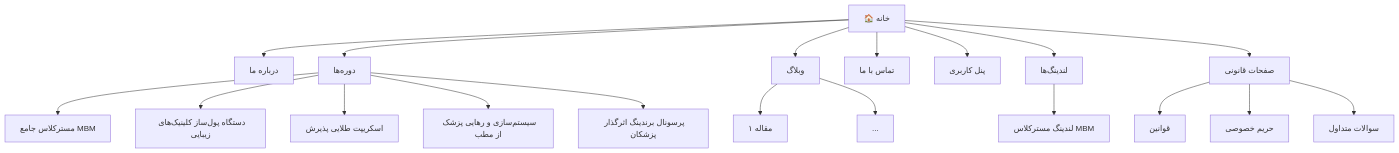
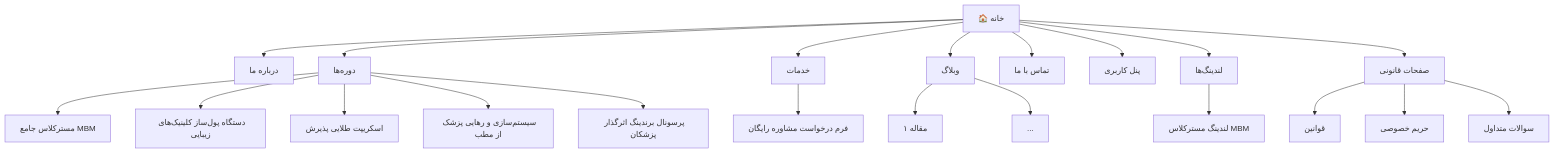
Before and after one commit to im-jvd2/Medical-Business: the first of 2 diagrams in docs/05-site-architecture.md, drawn with Mermaid. The commit also changed other lines of this file and 14 other files, not shown here.

First line of the commit message:
feat(services): صفحه کامل خدمات (services.html) + راهنمای پیاده‌سازی المنتور (#6)

````diff
--- a/docs/05-site-architecture.md
+++ b/docs/05-site-architecture.md
@@ -10,21 +10,23 @@
 ```mermaid
 flowchart TD
     Home[🏠 خانه] --> About[درباره ما]
     Home --> Courses[دوره‌ها]
+    Home --> Services[خدمات]
     Home --> Blog[وبلاگ]
     Home --> Contact[تماس با ما]
     Home --> Dashboard[پنل کاربری]
     Courses --> MBM[مسترکلاس جامع MBM]
     Courses --> AES[دستگاه پول‌ساز کلینیک‌های زیبایی]
     Courses --> RCP[اسکریپت طلایی پذیرش]
     Courses --> SOP[سیستم‌سازی و رهایی پزشک از مطب]
     Courses --> BRD[پرسونال برندینگ اثرگذار پزشکان]
+    Services --> SvcRequest[فرم درخواست مشاوره رایگان]
     Blog --> Post1[مقاله ۱]
     Blog --> PostN[...]
     Home --> Landing[لندینگ‌ها]
     Landing --> LP1[لندینگ مسترکلاس MBM]
     Home --> Legal[صفحات قانونی]
     Legal --> Terms[قوانین]
     Legal --> Privacy[حریم خصوصی]
     Legal --> FAQ[سوالات متداول]
 ```
````
